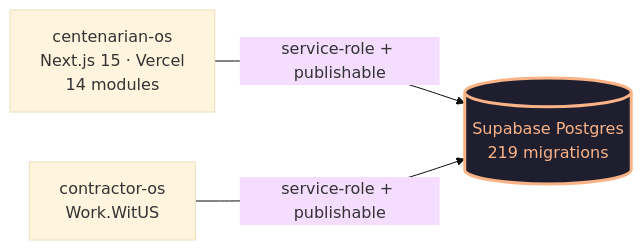
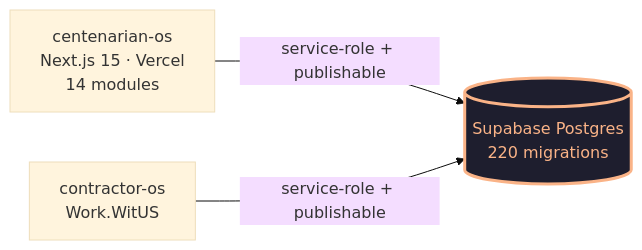
Before and after one commit to dapperAuteur/centenarian-os: the diagram in README.md, drawn with Mermaid (base theme). The commit also changed other lines of this file and 11 other files, not shown here.

````diff
--- a/README.md
+++ b/README.md
@@ -27,12 +27,12 @@
 ```mermaid
 flowchart LR
   classDef shared fill:#1e1e2e,stroke:#fab387,color:#fab387,stroke-width:3px
   classDef external fill:#11111b,stroke:#a6adc8,color:#a6adc8
 
   CentOS[centenarian-os<br/>Next.js 15 · Vercel<br/>14 modules]
   Contractor[contractor-os<br/>Work.WitUS]
-  DB[(Supabase Postgres<br/>219 migrations)]:::shared
+  DB[(Supabase Postgres<br/>220 migrations)]:::shared
 
   CentOS -->|service-role + publishable| DB
   Contractor -->|service-role + publishable| DB
 ```
````
